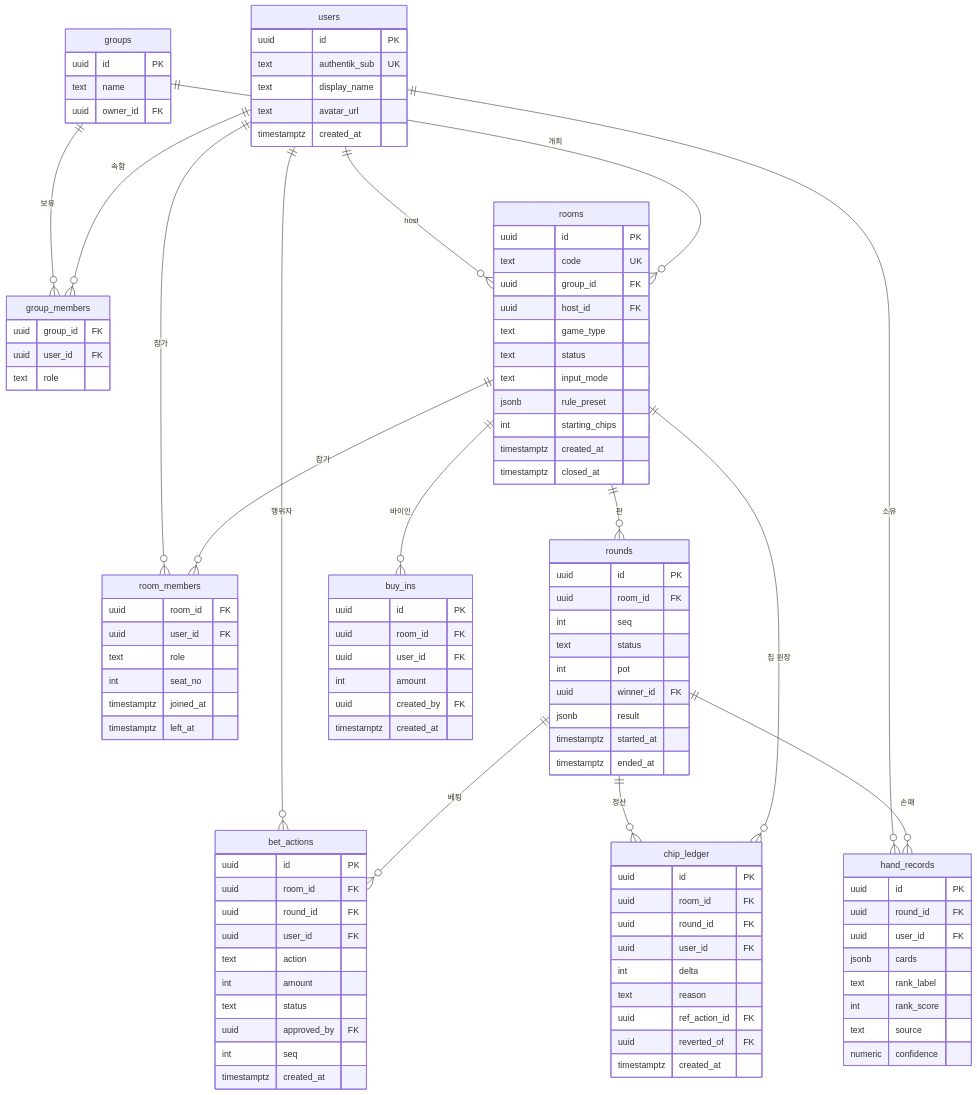
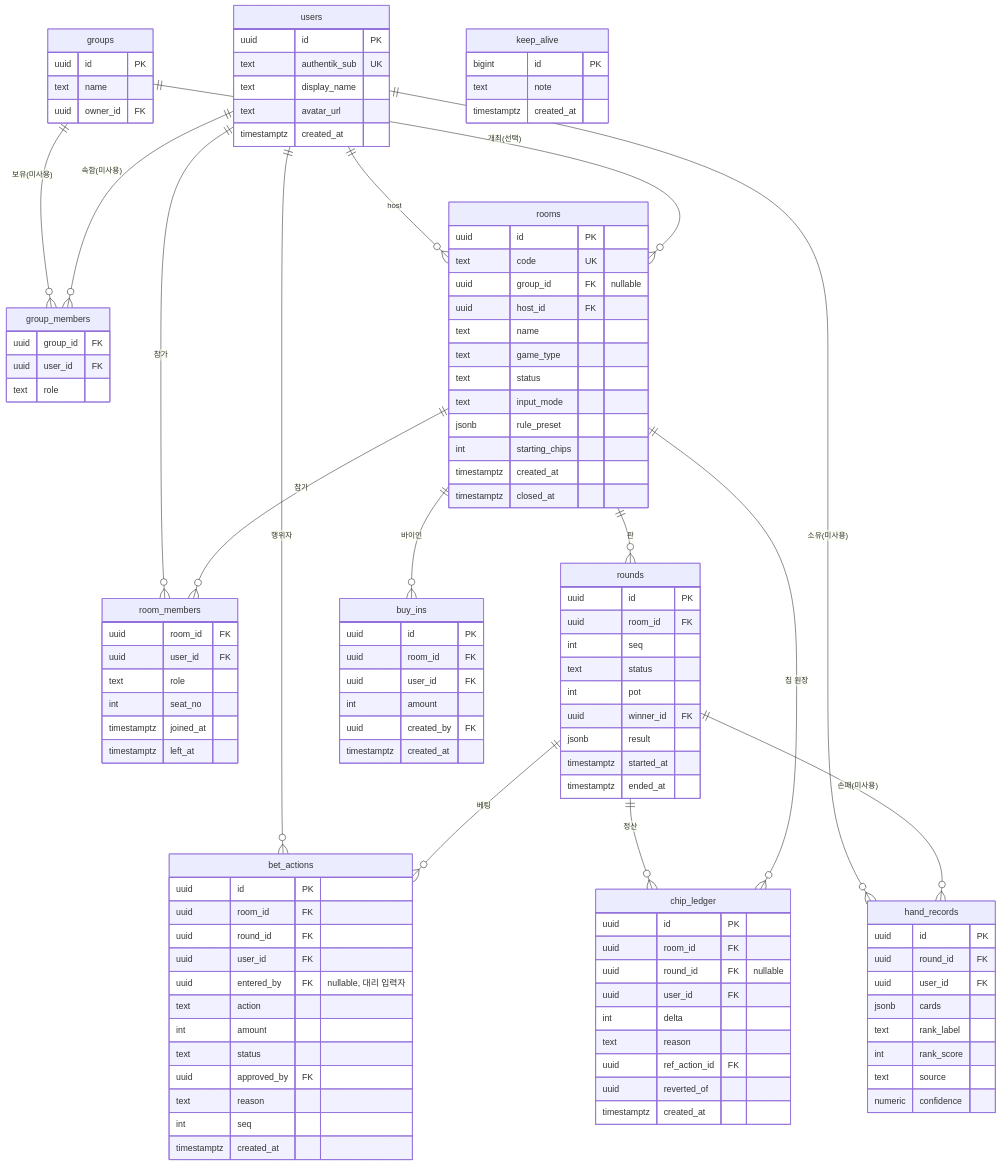
Before and after one commit to kanduit-lab/kkeutbal: the diagram in docs/02-data-model.md, drawn with Mermaid. The commit also changed other lines of this file and 12 other files, not shown here.

````diff
--- a/docs/02-data-model.md
+++ b/docs/02-data-model.md
@@ -43,8 +75,8 @@
 ```mermaid
 erDiagram
-    users ||--o{ group_members : "속함"
-    groups ||--o{ group_members : "보유"
-    groups ||--o{ rooms : "개최"
+    users ||--o{ group_members : "속함(미사용)"
+    groups ||--o{ group_members : "보유(미사용)"
+    groups ||--o{ rooms : "개최(선택)"
     users ||--o{ rooms : "host"
     rooms ||--o{ room_members : "참가"
     users ||--o{ room_members : "참가"
@@ -52,10 +84,10 @@
     rooms ||--o{ buy_ins : "바이인"
     rooms ||--o{ chip_ledger : "칩 원장"
     rounds ||--o{ bet_actions : "베팅"
-    rounds ||--o{ hand_records : "손패"
+    rounds ||--o{ hand_records : "손패(미사용)"
     rounds ||--o{ chip_ledger : "정산"
     users ||--o{ bet_actions : "행위자"
-    users ||--o{ hand_records : "소유"
+    users ||--o{ hand_records : "소유(미사용)"
 
     users {
         uuid id PK
@@ -77,8 +109,9 @@
     rooms {
         uuid id PK
         text code UK
-        uuid group_id FK
+        uuid group_id FK "nullable"
         uuid host_id FK
+        text name
         text game_type
         text status
         text input_mode
@@ -111,22 +144,24 @@
         uuid room_id FK
         uuid round_id FK
         uuid user_id FK
+        uuid entered_by FK "nullable, 대리 입력자"
         text action
         int amount
         text status
         uuid approved_by FK
+        text reason
         int seq
         timestamptz created_at
     }
     chip_ledger {
         uuid id PK
         uuid room_id FK
-        uuid round_id FK
+        uuid round_id FK "nullable"
         uuid user_id FK
         int delta
         text reason
         uuid ref_action_id FK
-        uuid reverted_of FK
+        uuid reverted_of
         timestamptz created_at
     }
     buy_ins {
@@ -147,4 +182,9 @@
         text source
         numeric confidence
     }
+    keep_alive {
+        bigint id PK
+        text note
+        timestamptz created_at
+    }
 ```
````
